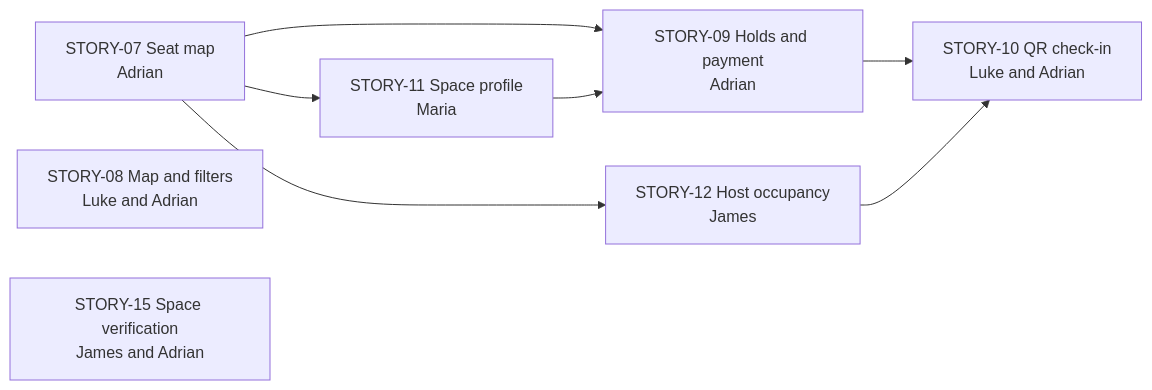
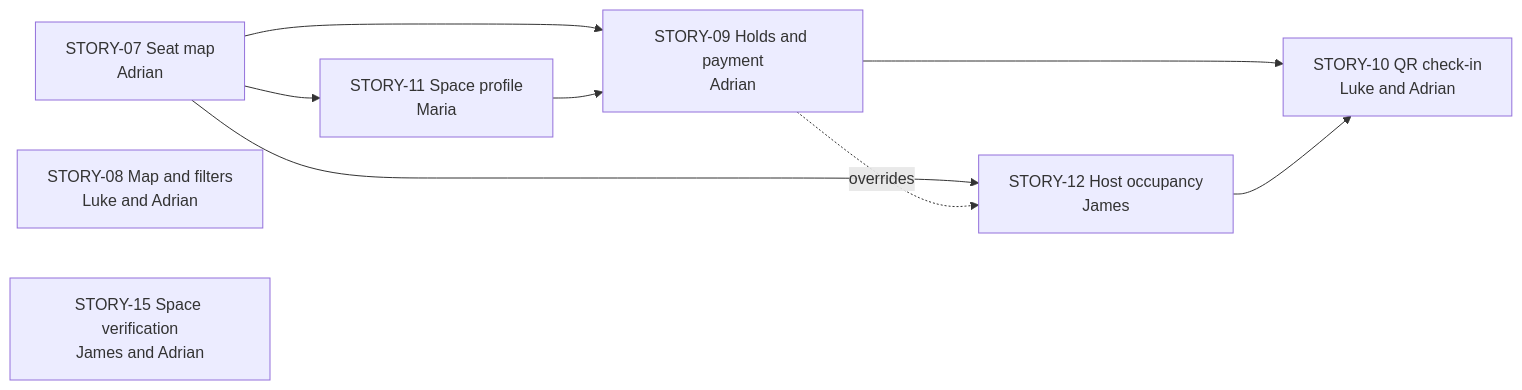
The diagram in docs/SPRINT-2.md (dreeyanzz/studyhub), drawn with Mermaid before and after one commit. The commit also changed other lines of this file and 2 other files, not shown here.

````diff
--- a/docs/SPRINT-2.md
+++ b/docs/SPRINT-2.md
@@ -115,11 +115,12 @@
 ```mermaid
 flowchart LR
     S07["STORY-07 Seat map<br/>Adrian"] --> S11["STORY-11 Space profile<br/>Maria"]
     S07 --> S12["STORY-12 Host occupancy<br/>James"]
     S07 --> S09["STORY-09 Holds and payment<br/>Adrian"]
     S11 --> S09
     S09 --> S10["STORY-10 QR check-in<br/>Luke and Adrian"]
     S12 --> S10
+    S09 -. overrides .-> S12
     S08["STORY-08 Map and filters<br/>Luke and Adrian"]
     S15["STORY-15 Space verification<br/>James and Adrian"]
 ```
````
